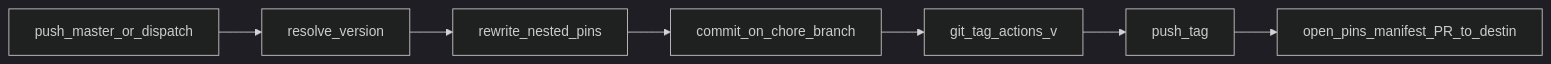
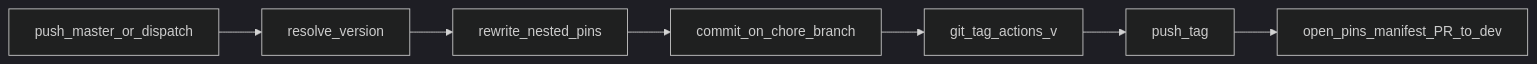
One commit to workers-world/worker-actions changed diagram 17 of 18 in docs/actions-workflows.md. Above: the diagram before and after it, drawn with Mermaid (dark theme). The commit also changed 2 other files, not shown here.

Commit message:
refactor: align-dev-pins / workflow 去掉 DESTIN_BRANCH
统一 DEV_BRANCH；文档节点名改为 to_dev。

````diff
--- a/docs/actions-workflows.md
+++ b/docs/actions-workflows.md
@@ -365,9 +365,9 @@
 ```mermaid
 flowchart LR
   trigger[push_master_or_dispatch] --> resolve[resolve_version]
   resolve --> pins[rewrite_nested_pins]
   pins --> commit[commit_on_chore_branch]
   commit --> tag[git_tag_actions_v]
   tag --> pushTag[push_tag]
-  pushTag --> backfillPr[open_pins_manifest_PR_to_destin]
+  pushTag --> backfillPr[open_pins_manifest_PR_to_dev]
 ```
````
